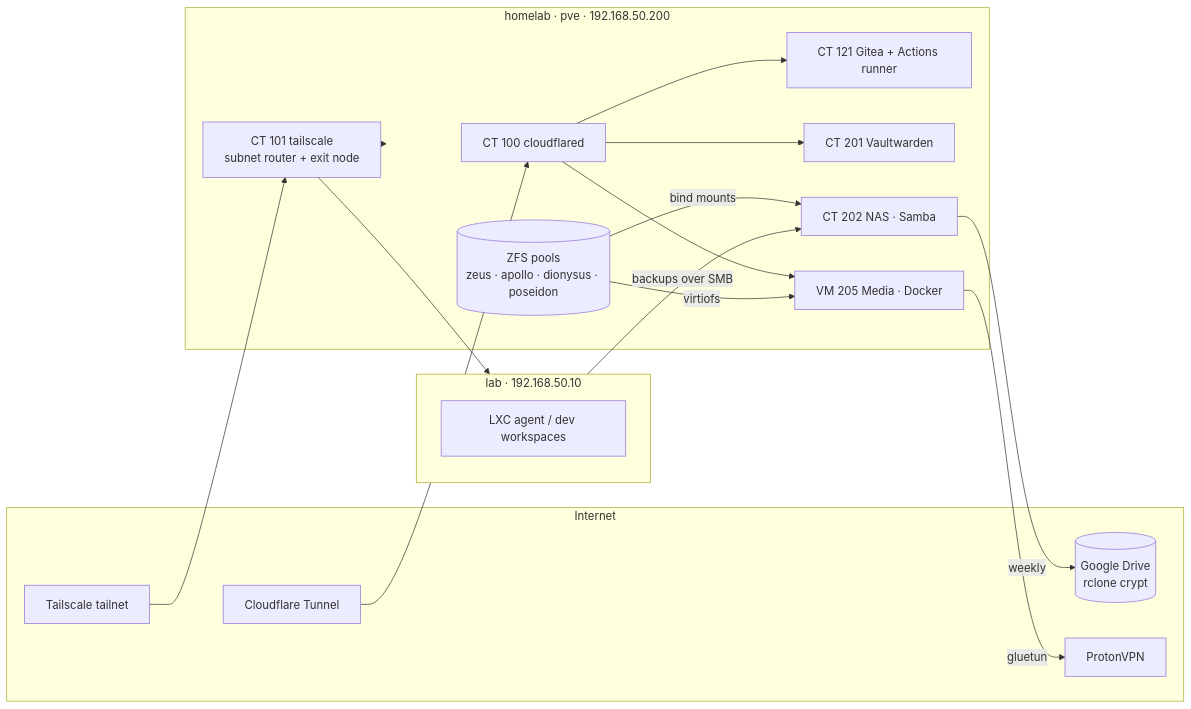
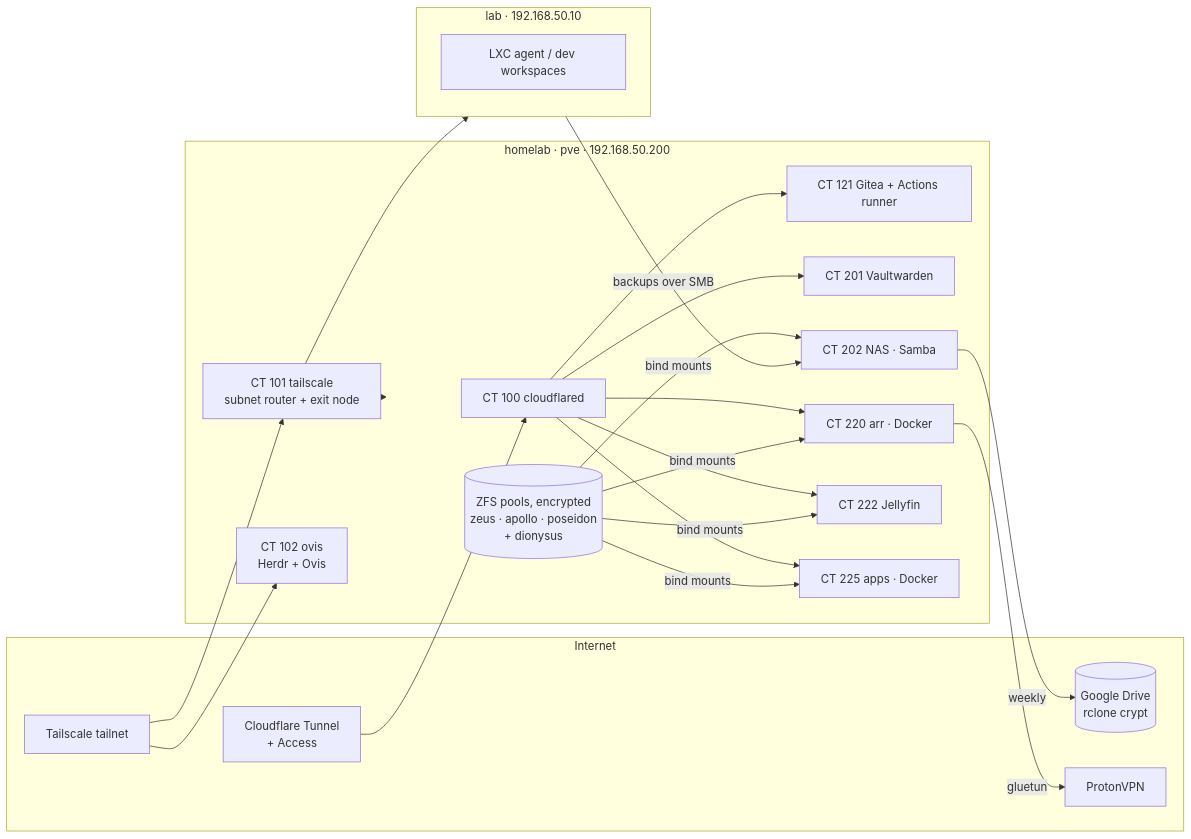
Before and after one commit to mateuspim/homelab: the diagram in README.md, drawn with Mermaid. The commit also changed other lines of this file and 62 other files, not shown here.

First line of the commit message:
Rebuild: media VM replaced by three LXCs, encrypted pools (#1)

````diff
--- a/README.md
+++ b/README.md
@@ -21,31 +25,34 @@
 ```mermaid
 flowchart LR
     subgraph Internet
-        CF[Cloudflare Tunnel]
+        CF[Cloudflare Tunnel<br/>+ Access]
         TS[Tailscale tailnet]
         GD[(Google Drive<br/>rclone crypt)]
         VPN[ProtonVPN]
     end
 
     subgraph pve["homelab · pve · 192.168.50.200"]
         CT100[CT 100 cloudflared]
         CT101[CT 101 tailscale<br/>subnet router + exit node]
+        CT102[CT 102 ovis<br/>Herdr + Ovis]
         CT121[CT 121 Gitea + Actions runner]
         CT201[CT 201 Vaultwarden]
         CT202[CT 202 NAS · Samba]
-        VM205[VM 205 Media · Docker]
-        ZFS[(ZFS pools<br/>zeus · apollo · dionysus · poseidon)]
+        CT220[CT 220 arr · Docker]
+        CT222[CT 222 Jellyfin]
+        CT225[CT 225 apps · Docker]
+        ZFS[(ZFS pools, encrypted<br/>zeus · apollo · poseidon<br/>+ dionysus)]
     end
 
     subgraph lab["lab · 192.168.50.10"]
         WS[LXC agent / dev workspaces]
     end
 
-    CF --> CT100 --> CT121 & CT201 & VM205
+    CF --> CT100 --> CT121 & CT201 & CT220 & CT222 & CT225
     TS --> CT101 --> pve & lab
-    ZFS -- bind mounts --> CT202
-    ZFS -- virtiofs --> VM205
-    VM205 -- gluetun --> VPN
+    TS --> CT102
+    ZFS -- bind mounts --> CT202 & CT220 & CT222 & CT225
+    CT220 -- gluetun --> VPN
     CT202 -- weekly --> GD
     lab -- backups over SMB --> CT202
 ```
````
